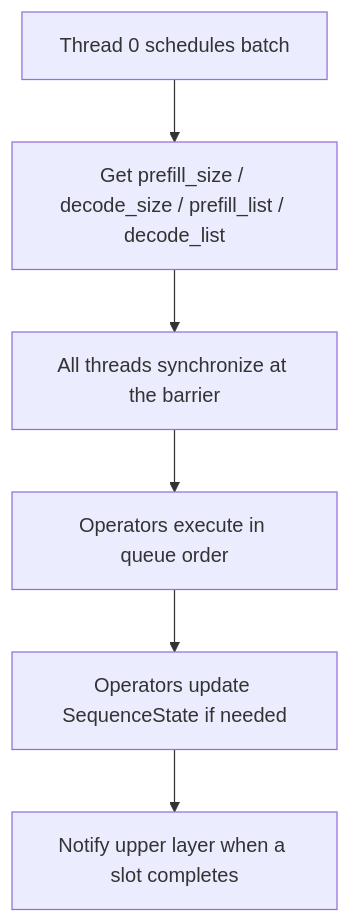
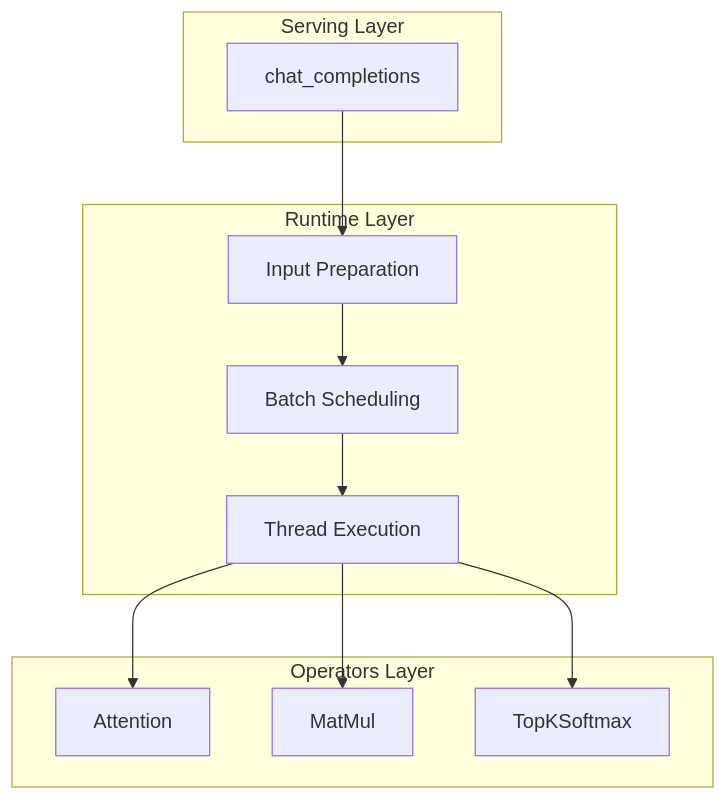
One commit to lucienhuangfu/eLLM changed the first of 4 diagrams in docs/en/runtime/overview.md. Above: the diagram before and after it, drawn with Mermaid. The commit also changed other lines of this file and 19 other files, not shown here.

Commit message:
refactor(runtime): Refactor the scheduling system by introducing TokenCounter and event-driven scheduling

````diff
--- a/docs/en/runtime/overview.md
+++ b/docs/en/runtime/overview.md
@@ -193,8 +28,25 @@
 ```mermaid
-flowchart TD
-    A[Thread 0 schedules batch] --> B[Get prefill_size / decode_size / prefill_list / decode_list]
-    B --> C[All threads synchronize at the barrier]
-    C --> D[Operators execute in queue order]
-    D --> E[Operators update SequenceState if needed]
-    E --> F[Notify upper layer when a slot completes]
+flowchart TB
+    subgraph Serving Layer
+        A[chat_completions]
+    end
+
+    subgraph Runtime Layer
+        B[Input Preparation]
+        C[Batch Scheduling]
+        D[Thread Execution]
+    end
+
+    subgraph Operators Layer
+        E[Attention]
+        F[MatMul]
+        G[TopKSoftmax]
+    end
+
+    A --> B
+    B --> C
+    C --> D
+    D --> E
+    D --> F
+    D --> G
 ```
````
